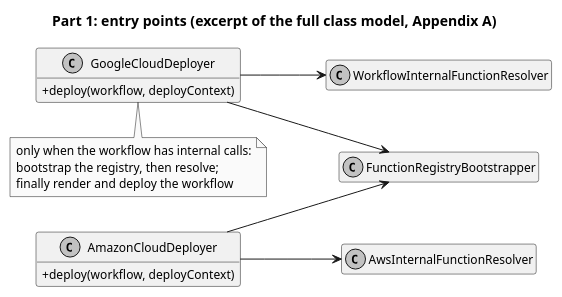
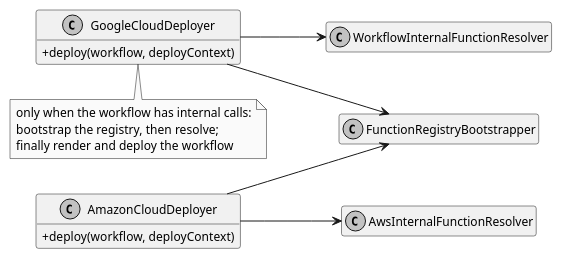
Before and after one commit to EngenheiroPedroCarvalho/ISEL-Thesis-2526: the diagram in diagrams/omniflow-classes-entry.puml, drawn with PlantUML. The commit also changed 52 other files, not shown here.

First line of the commit message:
Drop diagram titles and use "deployment" in the Resumo

```diff
--- a/diagrams/omniflow-classes-entry.puml
+++ b/diagrams/omniflow-classes-entry.puml
@@ -1,30 +1,29 @@
 @startuml omniflow-classes-entry
 skinparam monochrome true
 skinparam shadowing false
 skinparam classAttributeIconSize 0
 skinparam defaultFontSize 12
 hide empty members
-title Part 1: entry points (excerpt of the full class model, Appendix A)
 left to right direction
 
 class GoogleCloudDeployer {
   +deploy(workflow, deployContext)
 }
 class AmazonCloudDeployer {
   +deploy(workflow, deployContext)
 }
 class FunctionRegistryBootstrapper
 class WorkflowInternalFunctionResolver
 class AwsInternalFunctionResolver
 
 GoogleCloudDeployer --> FunctionRegistryBootstrapper
 AmazonCloudDeployer --> FunctionRegistryBootstrapper
 GoogleCloudDeployer --> WorkflowInternalFunctionResolver
 AmazonCloudDeployer --> AwsInternalFunctionResolver
 
 note bottom of GoogleCloudDeployer
   only when the workflow has internal calls:
   bootstrap the registry, then resolve;
   finally render and deploy the workflow
 end note
 @enduml
```
